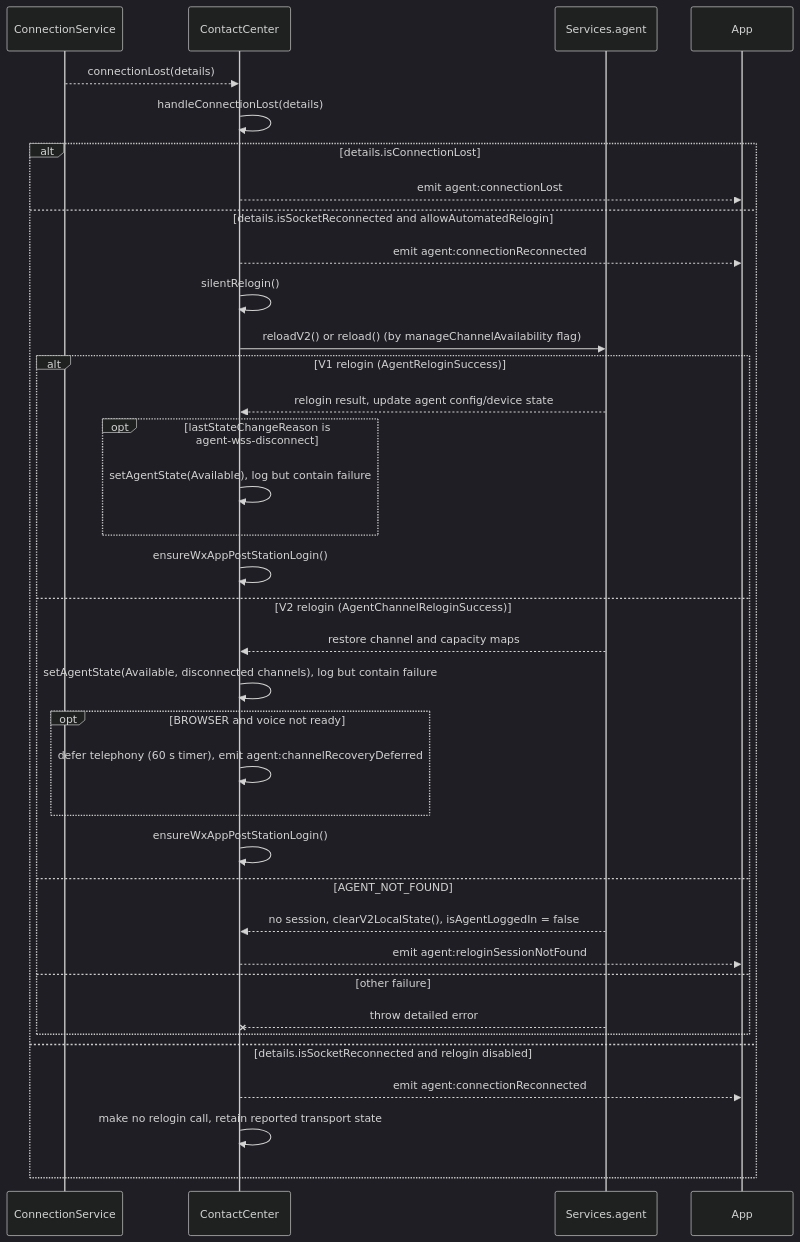
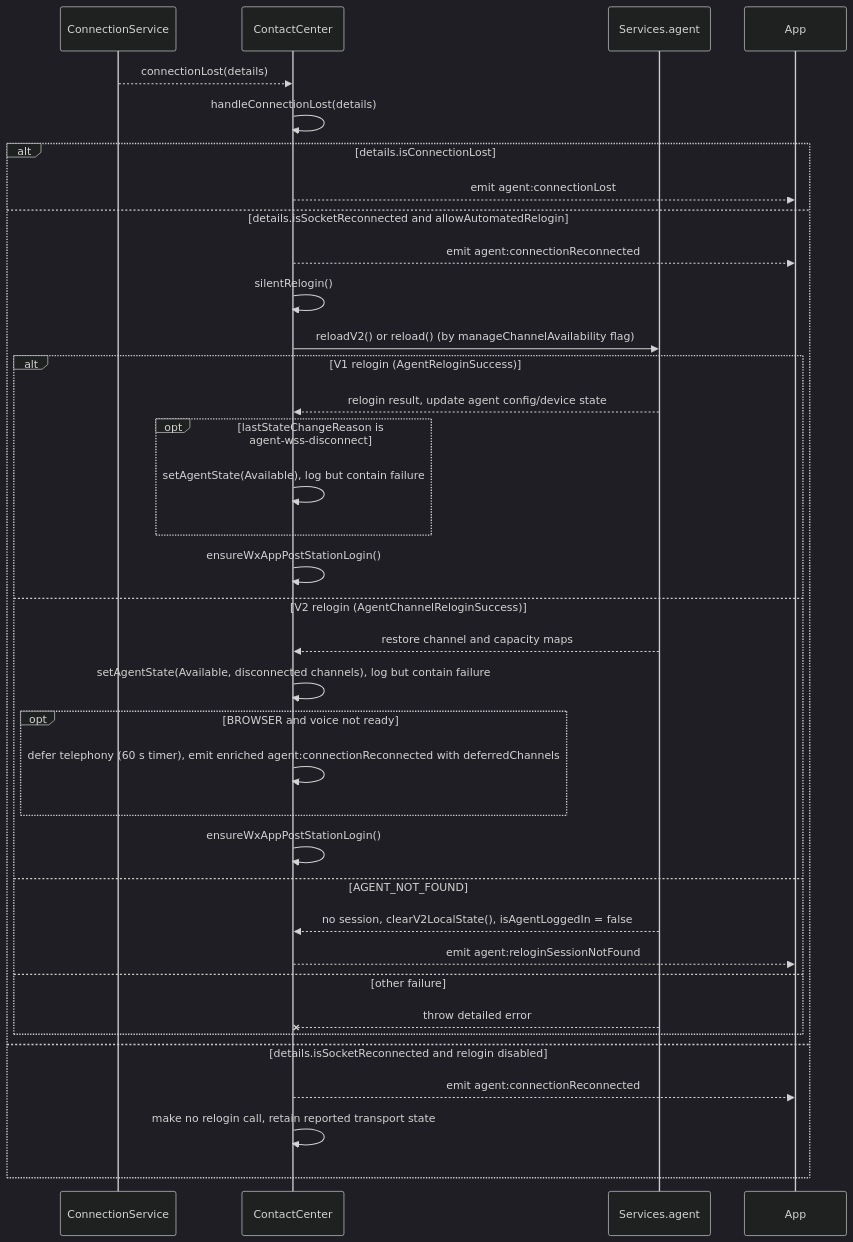
One commit to webex/webex-js-sdk changed the fourth of 10 diagrams in packages/@webex/contact-center/src/docs/README.md. Above: the diagram before and after it, drawn with Mermaid (dark theme). The commit also changed other lines of this file and 9 other files, not shown here.

````diff
--- a/packages/@webex/contact-center/src/docs/README.md
+++ b/packages/@webex/contact-center/src/docs/README.md
@@ -364,38 +364,38 @@
 ```mermaid
 sequenceDiagram
   participant CS as ConnectionService
   participant CC as ContactCenter
   participant Agent as Services.agent
   participant App
   CS-->>CC: connectionLost(details)
   CC->>CC: handleConnectionLost(details)
   alt details.isConnectionLost
     CC-->>App: emit agent:connectionLost
   else details.isSocketReconnected and allowAutomatedRelogin
     CC-->>App: emit agent:connectionReconnected
     CC->>CC: silentRelogin()
     CC->>Agent: reloadV2() or reload() (by manageChannelAvailability flag)
     alt V1 relogin (AgentReloginSuccess)
       Agent-->>CC: relogin result, update agent config/device state
       opt lastStateChangeReason is agent-wss-disconnect
         CC->>CC: setAgentState(Available), log but contain failure
       end
       CC->>CC: ensureWxAppPostStationLogin()
     else V2 relogin (AgentChannelReloginSuccess)
       Agent-->>CC: restore channel and capacity maps
       CC->>CC: setAgentState(Available, disconnected channels), log but contain failure
       opt BROWSER and voice not ready
-        CC->>CC: defer telephony (60 s timer), emit agent:channelRecoveryDeferred
+        CC->>CC: defer telephony (60 s timer), emit enriched agent:connectionReconnected with deferredChannels
       end
       CC->>CC: ensureWxAppPostStationLogin()
     else AGENT_NOT_FOUND
       Agent-->>CC: no session, clearV2LocalState(), isAgentLoggedIn = false
       CC-->>App: emit agent:reloginSessionNotFound
     else other failure
       Agent--xCC: throw detailed error
     end
   else details.isSocketReconnected and relogin disabled
     CC-->>App: emit agent:connectionReconnected
     CC->>CC: make no relogin call, retain reported transport state
   end
 ```
````
